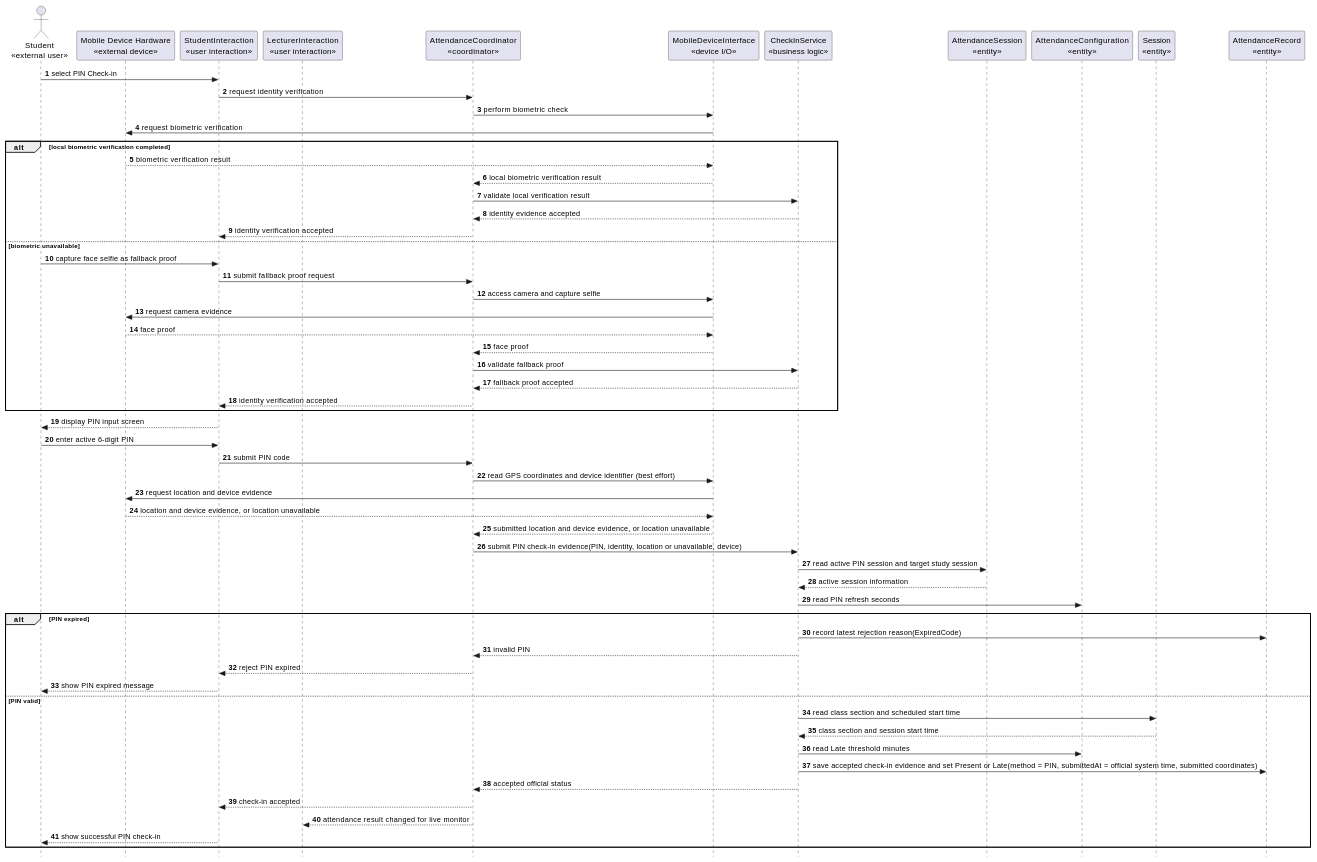
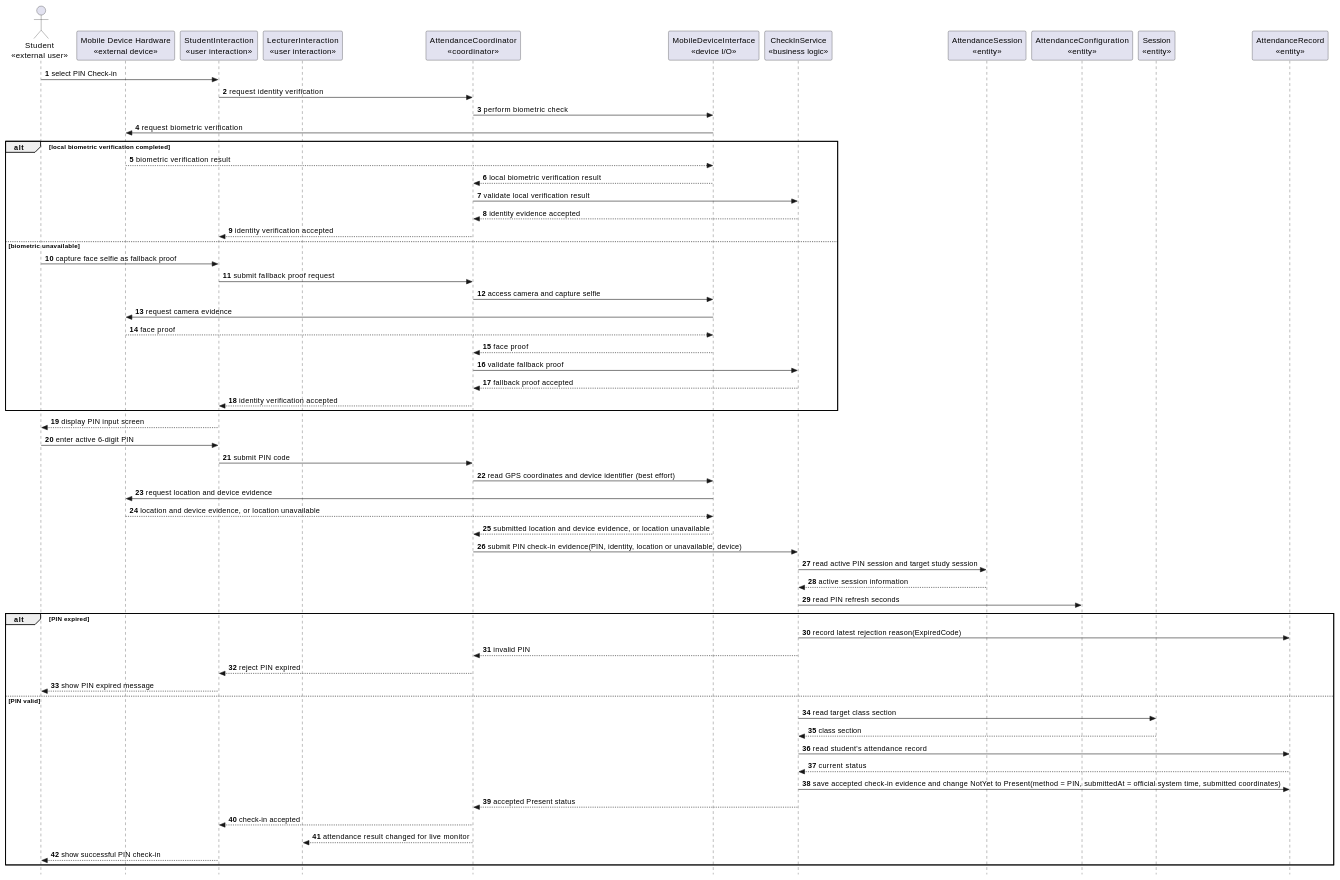
One commit to nttung42/SWD392 changed diagram 13 of 26 in docs/rds/2_Analysis.md. Above: the diagram before and after it, drawn with PlantUML. The commit also changed other lines of this file and 2 other files, not shown here.

````diff
--- a/docs/rds/2_Analysis.md
+++ b/docs/rds/2_Analysis.md
@@ -568,68 +566,69 @@
 ```plantuml
 @startuml
 skinparam style strictuml
 autonumber
 actor "Student\n«external user»" as Student
 participant "Mobile Device Hardware\n«external device»" as MobileHardware
 participant "StudentInteraction\n«user interaction»" as StudentUI
 participant "LecturerInteraction\n«user interaction»" as LecturerUI
 participant "AttendanceCoordinator\n«coordinator»" as CheckInControl
 participant "MobileDeviceInterface\n«device I/O»" as MobileSensor
 participant "CheckInService\n«business logic»" as AttendanceRules
 participant "AttendanceSession\n«entity»" as AttendanceSession
 participant "AttendanceConfiguration\n«entity»" as AttendanceConfig
 participant "Session\n«entity»" as Session
 participant "AttendanceRecord\n«entity»" as AttendanceRecord
 
 Student -> StudentUI : select PIN Check-in
 StudentUI -> CheckInControl : request identity verification
 CheckInControl -> MobileSensor : perform biometric check
 MobileSensor -> MobileHardware : request biometric verification
 
 alt local biometric verification completed
   MobileHardware --> MobileSensor : biometric verification result
   MobileSensor --> CheckInControl : local biometric verification result
   CheckInControl -> AttendanceRules : validate local verification result
   AttendanceRules --> CheckInControl : identity evidence accepted
   CheckInControl --> StudentUI : identity verification accepted
 else biometric unavailable
   Student -> StudentUI : capture face selfie as fallback proof
   StudentUI -> CheckInControl : submit fallback proof request
   CheckInControl -> MobileSensor : access camera and capture selfie
   MobileSensor -> MobileHardware : request camera evidence
   MobileHardware --> MobileSensor : face proof
   MobileSensor --> CheckInControl : face proof
   CheckInControl -> AttendanceRules : validate fallback proof
   AttendanceRules --> CheckInControl : fallback proof accepted
   CheckInControl --> StudentUI : identity verification accepted
 end
 
 StudentUI --> Student : display PIN input screen
 Student -> StudentUI : enter active 6-digit PIN
 StudentUI -> CheckInControl : submit PIN code
 CheckInControl -> MobileSensor : read GPS coordinates and device identifier (best effort)
 MobileSensor -> MobileHardware : request location and device evidence
 MobileHardware --> MobileSensor : location and device evidence, or location unavailable
 MobileSensor --> CheckInControl : submitted location and device evidence, or location unavailable
 CheckInControl -> AttendanceRules : submit PIN check-in evidence(PIN, identity, location or unavailable, device)
 AttendanceRules -> AttendanceSession : read active PIN session and target study session
 AttendanceSession --> AttendanceRules : active session information
 AttendanceRules -> AttendanceConfig : read PIN refresh seconds
 
 alt PIN expired
   AttendanceRules -> AttendanceRecord : record latest rejection reason(ExpiredCode)
   AttendanceRules --> CheckInControl : invalid PIN
   CheckInControl --> StudentUI : reject PIN expired
   StudentUI --> Student : show PIN expired message
 else PIN valid
-  AttendanceRules -> Session : read class section and scheduled start time
-  Session --> AttendanceRules : class section and session start time
-  AttendanceRules -> AttendanceConfig : read Late threshold minutes
-  AttendanceRules -> AttendanceRecord : save accepted check-in evidence and set Present or Late(method = PIN, submittedAt = official system time, submitted coordinates)
-  AttendanceRules --> CheckInControl : accepted official status
+  AttendanceRules -> Session : read target class section
+  Session --> AttendanceRules : class section
+  AttendanceRules -> AttendanceRecord : read student's attendance record
+  AttendanceRecord --> AttendanceRules : current status
+  AttendanceRules -> AttendanceRecord : save accepted check-in evidence and change NotYet to Present(method = PIN, submittedAt = official system time, submitted coordinates)
+  AttendanceRules --> CheckInControl : accepted Present status
   CheckInControl --> StudentUI : check-in accepted
   CheckInControl --> LecturerUI : attendance result changed for live monitor
   StudentUI --> Student : show successful PIN check-in
 end
 @enduml
 ```
````
